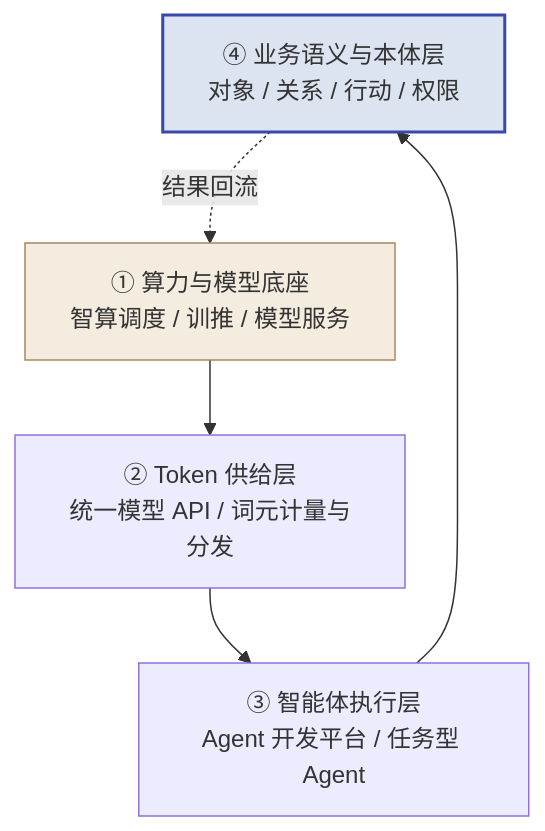
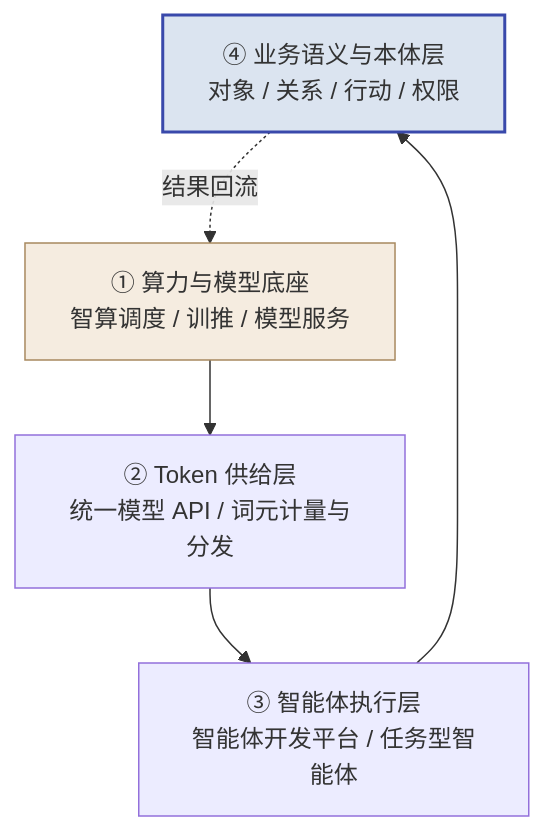
One commit to cloudzun/fde-course changed the first of 2 diagrams in textbook/第14章_运营商AI平台与FDE实践.md. Above: the diagram before and after it, drawn with Mermaid. The commit also changed other lines of this file and 21 other files, not shown here.

````diff
--- a/textbook/第14章_运营商AI平台与FDE实践.md
+++ b/textbook/第14章_运营商AI平台与FDE实践.md
@@ -32,12 +32,12 @@
 ```mermaid
 graph TD
     L4["④ 业务语义与本体层<br/>对象 / 关系 / 行动 / 权限"]
-    L3["③ 智能体执行层<br/>Agent 开发平台 / 任务型 Agent"]
+    L3["③ 智能体执行层<br/>智能体开发平台 / 任务型智能体"]
     L2["② Token 供给层<br/>统一模型 API / 词元计量与分发"]
     L1["① 算力与模型底座<br/>智算调度 / 训推 / 模型服务"]
     L1 --> L2 --> L3 --> L4
     L4 -.->|结果回流| L1
 
     style L4 fill:#dbe4f0,stroke:#3949ab,stroke-width:2px
     style L1 fill:#f5ece0,stroke:#a8895f
 ```
````
